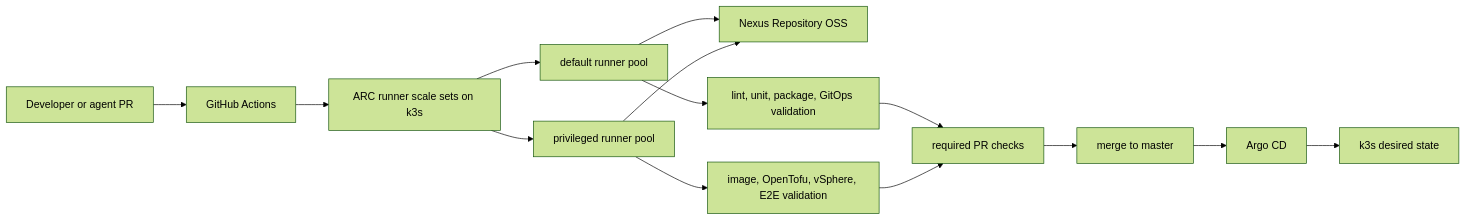
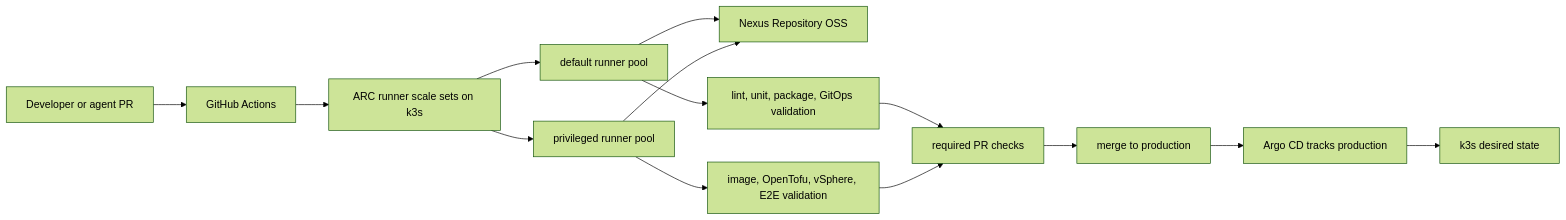
The first of 7 diagrams in docs/ARC_NEXUS_CICD_STACK.md (echoares-lab/homelab-gitops), drawn with Mermaid (forest theme) before and after one commit. The commit also changed other lines of this file and 12 other files, not shown here.

````diff
--- a/docs/ARC_NEXUS_CICD_STACK.md
+++ b/docs/ARC_NEXUS_CICD_STACK.md
@@ -13,16 +14,16 @@
 ```mermaid
 flowchart LR
     Dev[Developer or agent PR] --> GH[GitHub Actions]
     GH --> ARC[ARC runner scale sets on k3s]
     ARC --> Default[default runner pool]
     ARC --> Priv[privileged runner pool]
     Default --> Nexus[Nexus Repository OSS]
     Priv --> Nexus
     Default --> Checks[lint, unit, package, GitOps validation]
     Priv --> Infra[image, OpenTofu, vSphere, E2E validation]
     Checks --> PRGate[required PR checks]
     Infra --> PRGate
-    PRGate --> Merge[merge to master]
-    Merge --> Argo[Argo CD]
+    PRGate --> Merge[merge to production]
+    Merge --> Argo[Argo CD tracks production]
     Argo --> K3s[k3s desired state]
 ```
````
